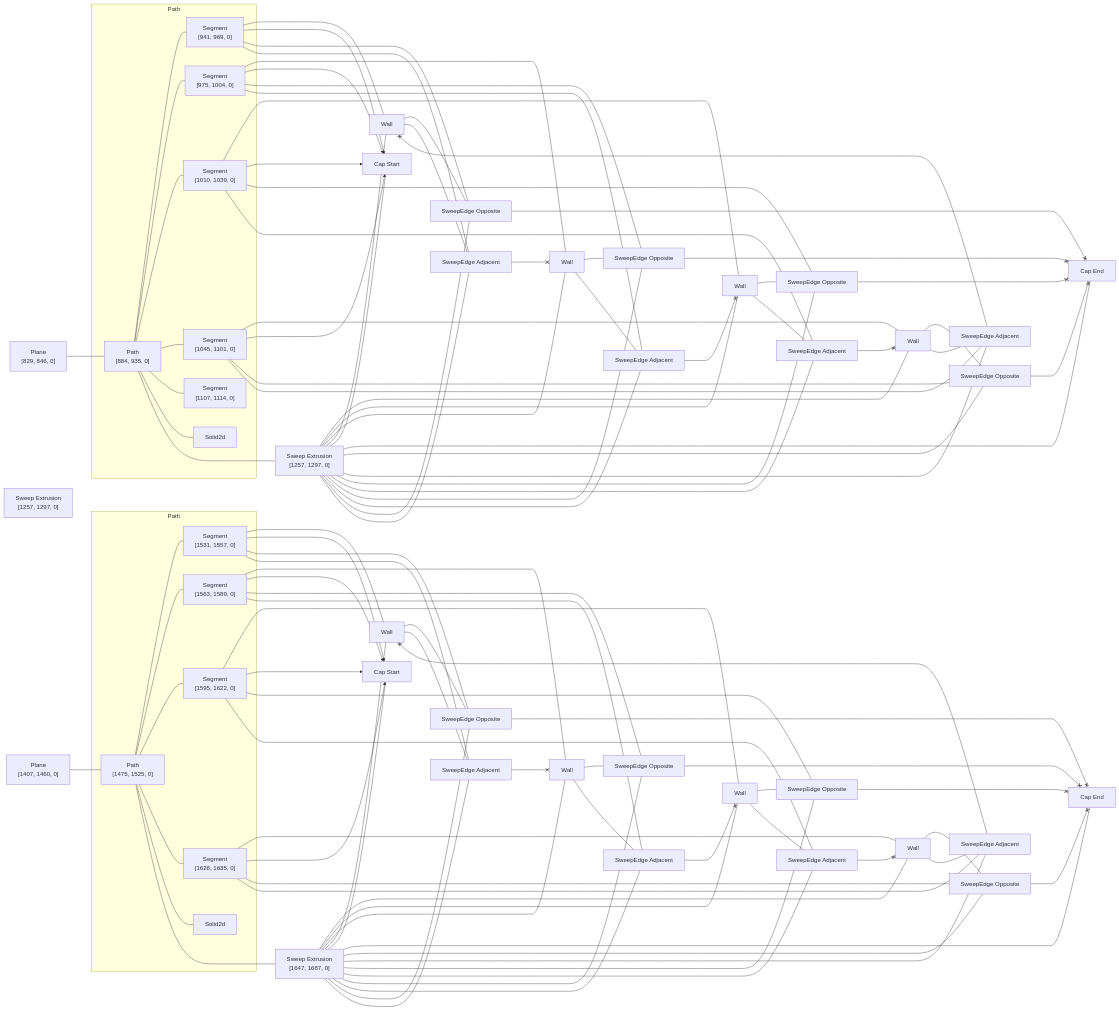
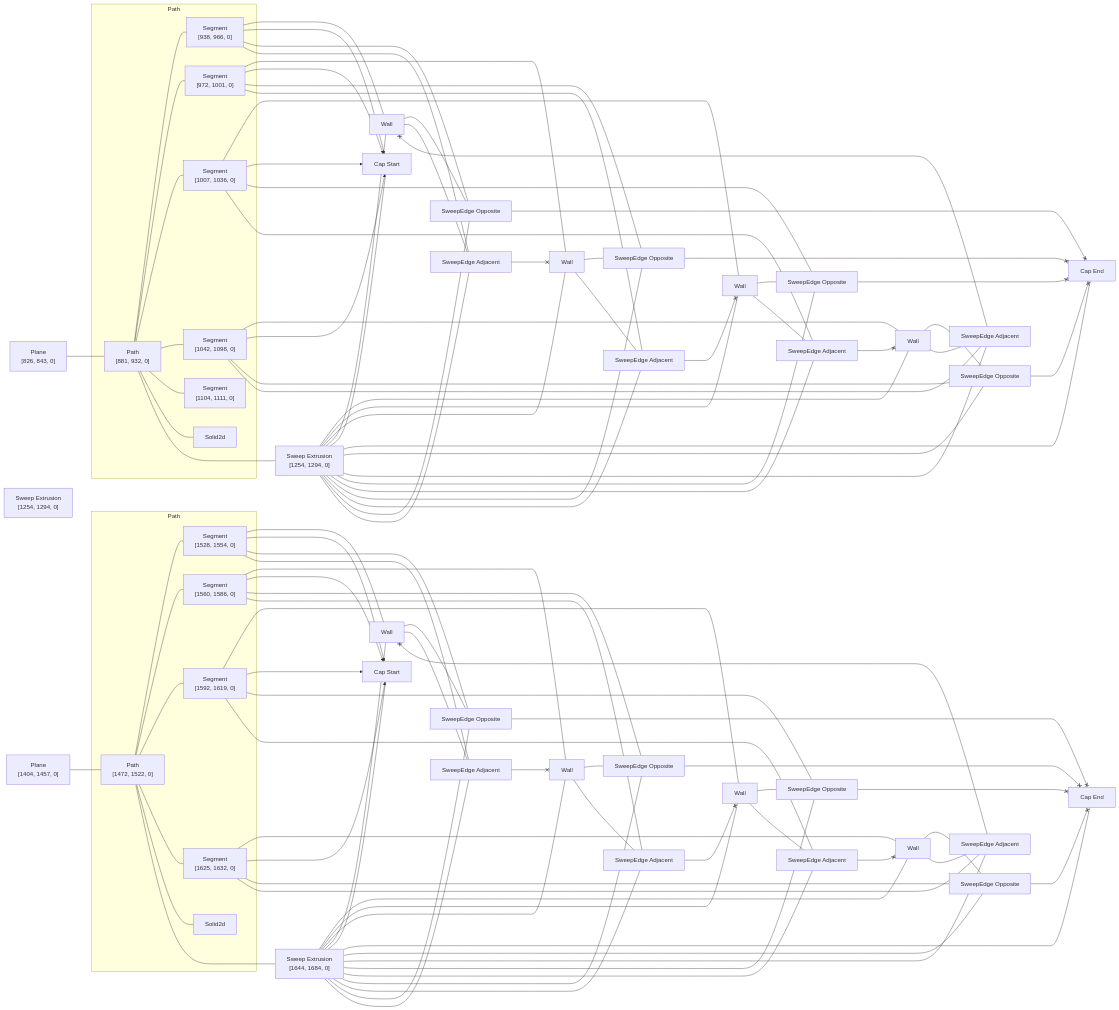
The diagram in rust/kcl-lib/tests/kcl_samples/straight-rung-ladder/artifact_graph_flowchart.snap.md (KittyCAD/modeling-app), drawn with Mermaid before and after one commit. The commit also changed 39 other files, not shown here.

````diff
--- a/rust/kcl-lib/tests/kcl_samples/straight-rung-ladder/artifact_graph_flowchart.snap.md
+++ b/rust/kcl-lib/tests/kcl_samples/straight-rung-ladder/artifact_graph_flowchart.snap.md
@@ -1,36 +1,36 @@
 ```mermaid
 flowchart LR
   subgraph path2 [Path]
-    2["Path<br>[884, 935, 0]"]
+    2["Path<br>[881, 932, 0]"]
       %% [ProgramBodyItem { index: 10 }, VariableDeclarationDeclaration, VariableDeclarationInit, PipeBodyItem { index: 0 }]
-    3["Segment<br>[941, 969, 0]"]
+    3["Segment<br>[938, 966, 0]"]
       %% [ProgramBodyItem { index: 10 }, VariableDeclarationDeclaration, VariableDeclarationInit, PipeBodyItem { index: 1 }]
-    4["Segment<br>[975, 1004, 0]"]
+    4["Segment<br>[972, 1001, 0]"]
       %% [ProgramBodyItem { index: 10 }, VariableDeclarationDeclaration, VariableDeclarationInit, PipeBodyItem { index: 2 }]
-    5["Segment<br>[1010, 1039, 0]"]
+    5["Segment<br>[1007, 1036, 0]"]
       %% [ProgramBodyItem { index: 10 }, VariableDeclarationDeclaration, VariableDeclarationInit, PipeBodyItem { index: 3 }]
-    6["Segment<br>[1045, 1101, 0]"]
+    6["Segment<br>[1042, 1098, 0]"]
       %% [ProgramBodyItem { index: 10 }, VariableDeclarationDeclaration, VariableDeclarationInit, PipeBodyItem { index: 4 }]
-    7["Segment<br>[1107, 1114, 0]"]
+    7["Segment<br>[1104, 1111, 0]"]
       %% [ProgramBodyItem { index: 10 }, VariableDeclarationDeclaration, VariableDeclarationInit, PipeBodyItem { index: 5 }]
     8[Solid2d]
   end
   subgraph path26 [Path]
-    26["Path<br>[1475, 1525, 0]"]
+    26["Path<br>[1472, 1522, 0]"]
       %% [ProgramBodyItem { index: 13 }, VariableDeclarationDeclaration, VariableDeclarationInit, PipeBodyItem { index: 0 }]
-    27["Segment<br>[1531, 1557, 0]"]
+    27["Segment<br>[1528, 1554, 0]"]
       %% [ProgramBodyItem { index: 13 }, VariableDeclarationDeclaration, VariableDeclarationInit, PipeBodyItem { index: 1 }]
-    28["Segment<br>[1563, 1589, 0]"]
+    28["Segment<br>[1560, 1586, 0]"]
       %% [ProgramBodyItem { index: 13 }, VariableDeclarationDeclaration, VariableDeclarationInit, PipeBodyItem { index: 2 }]
-    29["Segment<br>[1595, 1622, 0]"]
+    29["Segment<br>[1592, 1619, 0]"]
       %% [ProgramBodyItem { index: 13 }, VariableDeclarationDeclaration, VariableDeclarationInit, PipeBodyItem { index: 3 }]
-    30["Segment<br>[1628, 1635, 0]"]
+    30["Segment<br>[1625, 1632, 0]"]
       %% [ProgramBodyItem { index: 13 }, VariableDeclarationDeclaration, VariableDeclarationInit, PipeBodyItem { index: 4 }]
     31[Solid2d]
   end
-  1["Plane<br>[829, 846, 0]"]
+  1["Plane<br>[826, 843, 0]"]
     %% [ProgramBodyItem { index: 9 }, VariableDeclarationDeclaration, VariableDeclarationInit]
-  9["Sweep Extrusion<br>[1257, 1297, 0]"]
+  9["Sweep Extrusion<br>[1254, 1294, 0]"]
     %% [ProgramBodyItem { index: 11 }, VariableDeclarationDeclaration, VariableDeclarationInit]
   10[Wall]
     %% face_code_ref=Missing NodePath
@@ -52,11 +52,11 @@
   21["SweepEdge Adjacent"]
   22["SweepEdge Opposite"]
   23["SweepEdge Adjacent"]
-  24["Sweep Extrusion<br>[1257, 1297, 0]"]
+  24["Sweep Extrusion<br>[1254, 1294, 0]"]
     %% [ProgramBodyItem { index: 11 }, VariableDeclarationDeclaration, VariableDeclarationInit]
-  25["Plane<br>[1407, 1460, 0]"]
+  25["Plane<br>[1404, 1457, 0]"]
     %% [ProgramBodyItem { index: 12 }, VariableDeclarationDeclaration, VariableDeclarationInit]
-  32["Sweep Extrusion<br>[1647, 1687, 0]"]
+  32["Sweep Extrusion<br>[1644, 1684, 0]"]
     %% [ProgramBodyItem { index: 14 }, VariableDeclarationDeclaration, VariableDeclarationInit]
   33[Wall]
     %% face_code_ref=Missing NodePath
````
